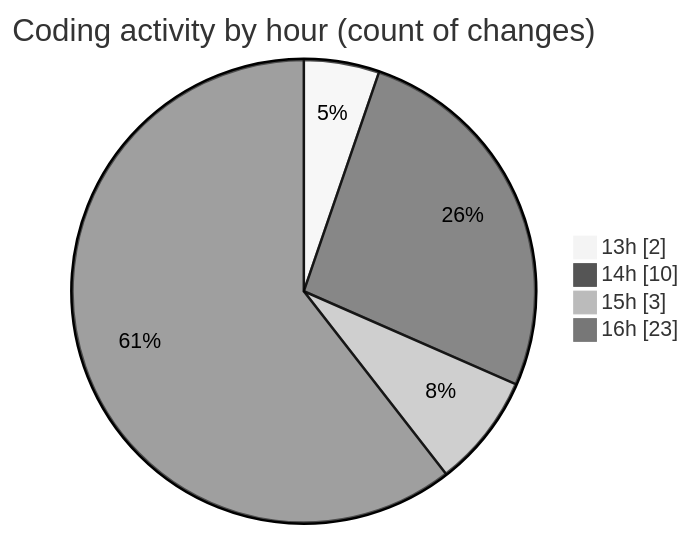
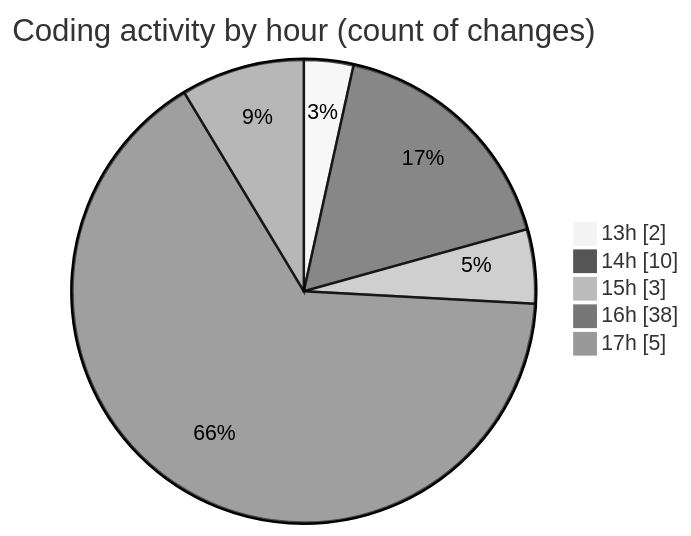
Before and after one commit to nxtqubesakshisongat/code-tracking: the second of 2 diagrams in 2026-03-12/nxtqube_webapp/README.md, drawn with Mermaid (neutral theme). The commit also changed other lines of this file and 1 other file, not shown here.

````diff
--- a/2026-03-12/nxtqube_webapp/README.md
+++ b/2026-03-12/nxtqube_webapp/README.md
@@ -37,8 +40,9 @@
 ```mermaid
 pie showData
 title Coding activity by hour (count of changes)
 "13h" : 2
 "14h" : 10
 "15h" : 3
-"16h" : 23
+"16h" : 38
+"17h" : 5
 ```
````
